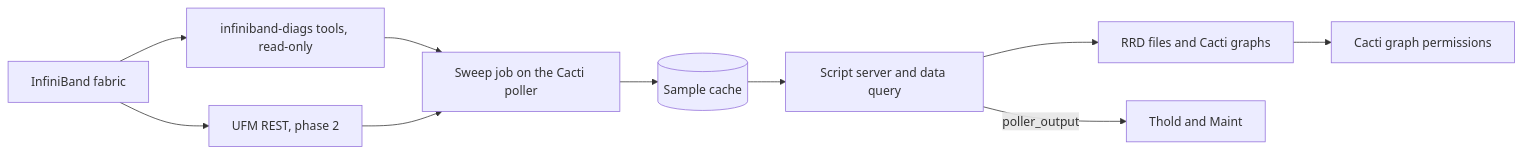
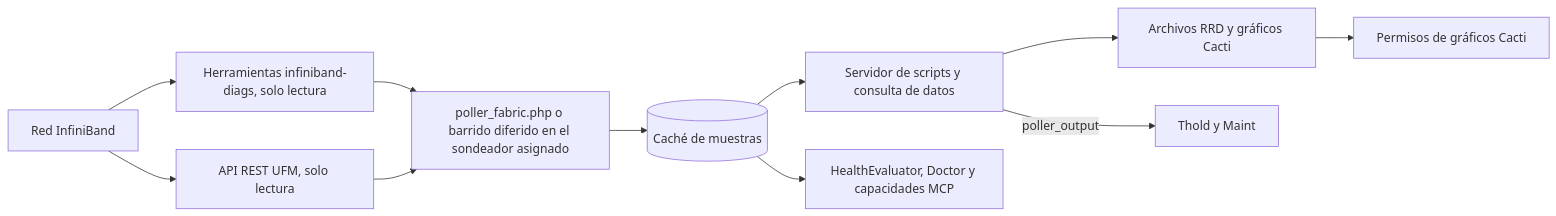
Before and after one commit to somethingwithproof/plugin_fabric: the diagram in docs/i18n/es-419/README.md, drawn with Mermaid. The commit also changed other lines of this file and 48 other files, not shown here.

````diff
--- a/docs/i18n/es-419/README.md
+++ b/docs/i18n/es-419/README.md
@@ -98,12 +132,13 @@
 ```mermaid
 flowchart LR
-    F[InfiniBand fabric] --> T[infiniband-diags tools, read-only]
-    F --> U[UFM REST, phase 2]
-    T --> S[Sweep job on the Cacti poller]
+    F["Red InfiniBand"] --> T["Herramientas infiniband-diags, solo lectura"]
+    F --> U["API REST UFM, solo lectura"]
+    T --> S["poller_fabric.php o barrido diferido en el sondeador asignado"]
     U --> S
-    S --> C[(Sample cache)]
-    C --> SS[Script server and data query]
-    SS --> R[RRD files and Cacti graphs]
-    SS -->|poller_output| TH[Thold and Maint]
-    R --> P[Cacti graph permissions]
+    S --> C[("Caché de muestras")]
+    C --> SS["Servidor de scripts y consulta de datos"]
+    SS --> R["Archivos RRD y gráficos Cacti"]
+    SS -->|poller_output| TH["Thold y Maint"]
+    C --> H["HealthEvaluator, Doctor y capacidades MCP"]
+    R --> P["Permisos de gráficos Cacti"]
 ```
````
